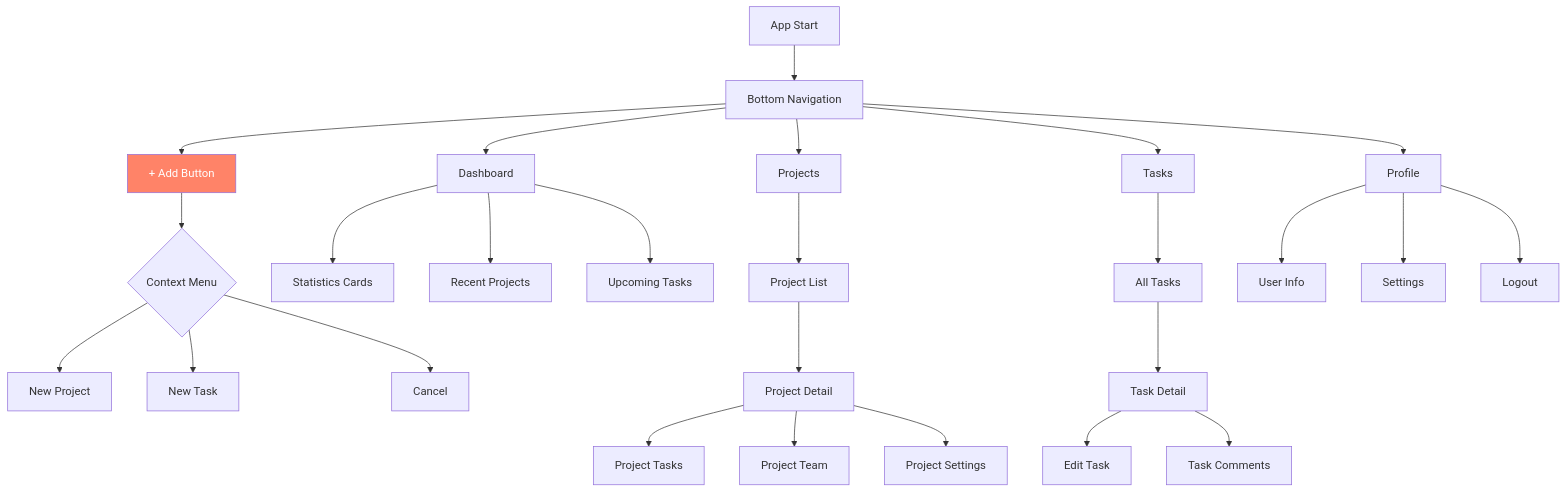
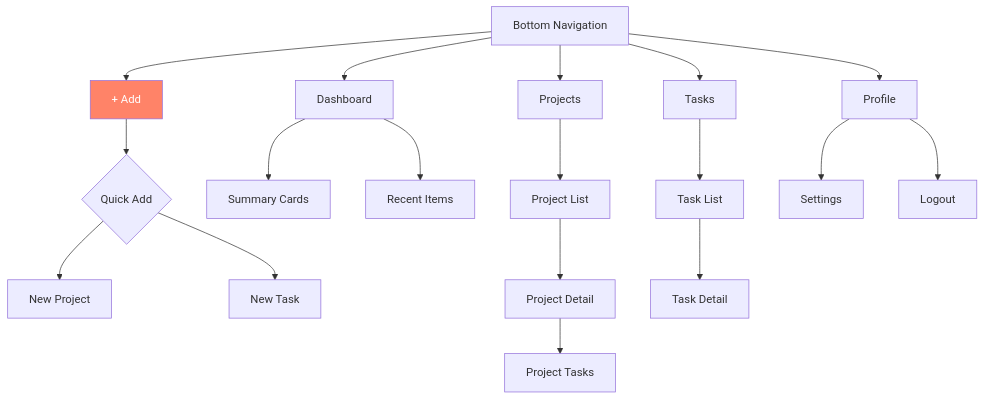
One commit to stefanus-ronald/proker changed the fourth of 5 diagrams in workflow.md. Above: the diagram before and after it, drawn with Mermaid. The commit also changed other lines of this file and 21 other files, not shown here.

````diff
--- a/workflow.md
+++ b/workflow.md
@@ -307,36 +73,27 @@
 ```mermaid
 flowchart TD
-    A[App Start] --> B[Bottom Navigation]
+    A[Bottom Navigation] --> B[Dashboard]
+    A --> C[Projects]
+    A --> D[+ Add]
+    A --> E[Tasks]
+    A --> F[Profile]
     
-    B --> C[Dashboard]
-    B --> D[Projects]
-    B --> E[+ Add Button]
-    B --> F[Tasks]
-    B --> G[Profile]
+    D --> G{Quick Add}
+    G --> H[New Project]
+    G --> I[New Task]
     
-    E --> H{Context Menu}
-    H --> I[New Project]
-    H --> J[New Task]
-    H --> K[Cancel]
+    B --> J[Summary Cards]
+    B --> K[Recent Items]
     
-    C --> L[Statistics Cards]
-    C --> M[Recent Projects]
-    C --> N[Upcoming Tasks]
+    C --> L[Project List]
+    L --> M[Project Detail]
+    M --> N[Project Tasks]
     
-    D --> O[Project List]
-    O --> P[Project Detail]
-    P --> Q[Project Tasks]
-    P --> R[Project Team]
-    P --> S[Project Settings]
+    E --> O[Task List]
+    O --> P[Task Detail]
     
-    F --> T[All Tasks]
-    T --> U[Task Detail]
-    U --> V[Edit Task]
-    U --> W[Task Comments]
+    F --> Q[Settings]
+    F --> R[Logout]
     
-    G --> X[User Info]
-    G --> Y[Settings]
-    G --> Z[Logout]
-    
-    style E fill:#FF8368,color:#fff
+    style D fill:#FF8368,color:#fff
 ```
````
